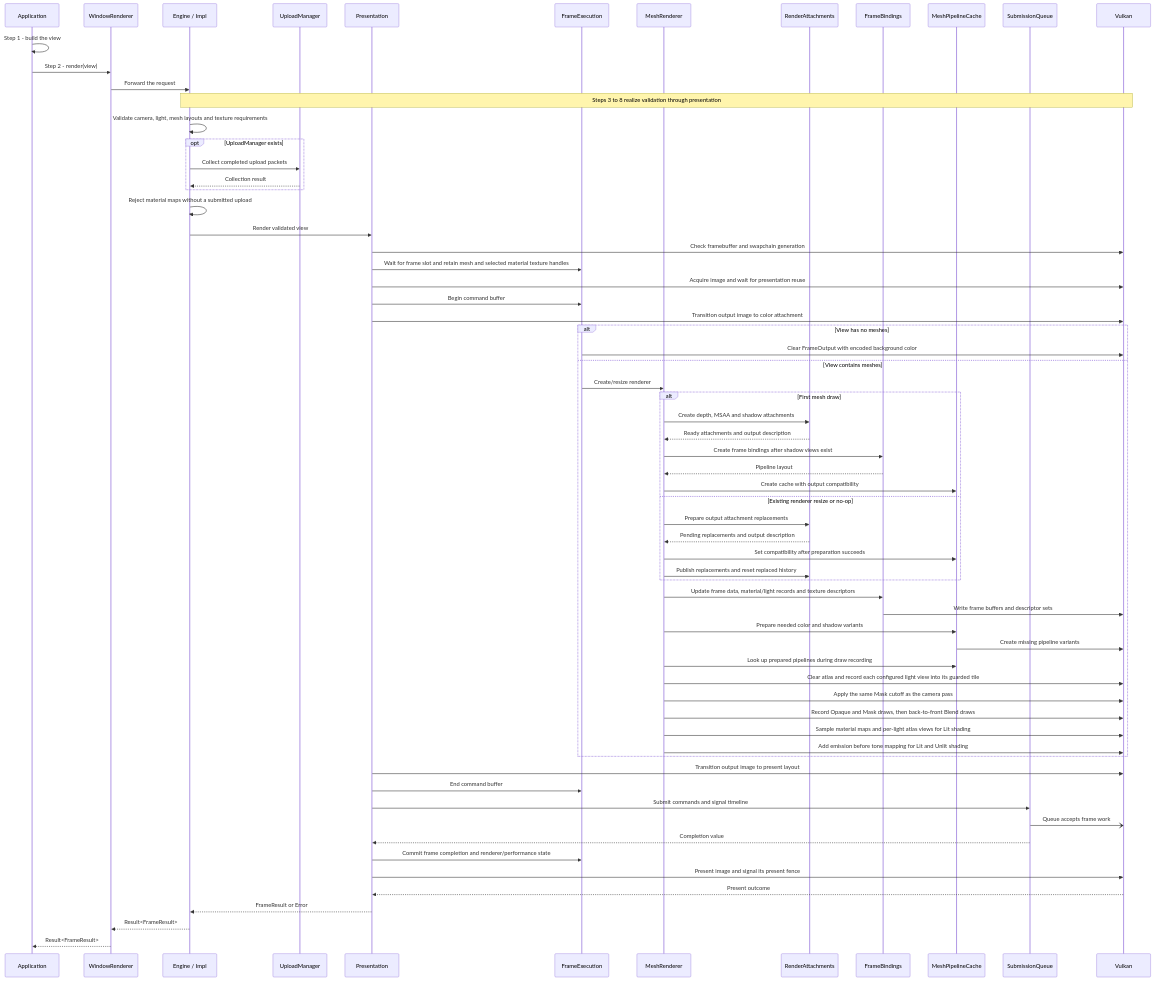
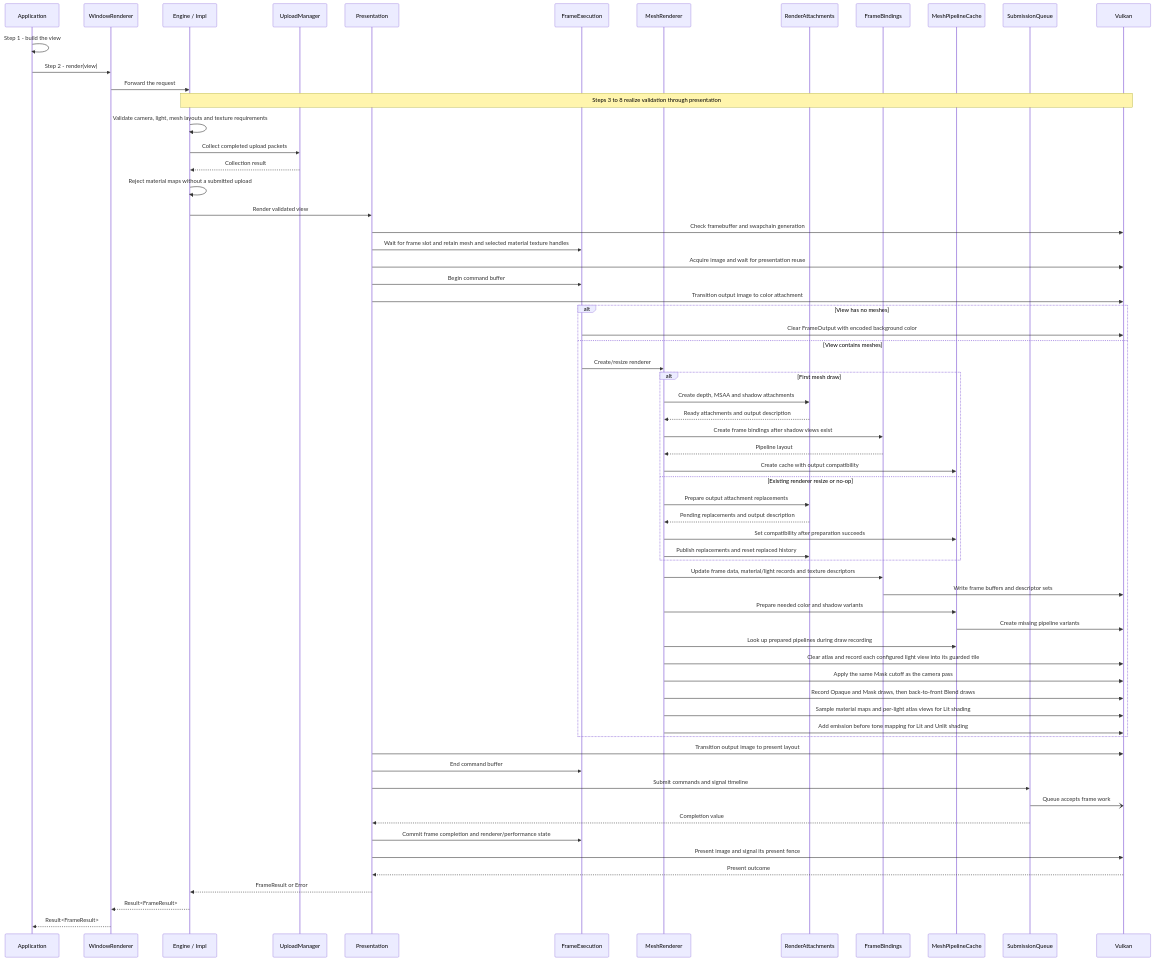
Before and after one commit to a-soltysik/Panda: the diagram in docs/use-cases/render-view.md, drawn with Mermaid. The commit also changed 40 other files, not shown here.

````diff
--- a/docs/use-cases/render-view.md
+++ b/docs/use-cases/render-view.md
@@ -119,69 +119,67 @@
 ```mermaid
 sequenceDiagram
     participant A as Application
     participant W as WindowRenderer
     participant C as Engine / Impl
     participant U as UploadManager
     participant P as Presentation
     participant E as FrameExecution
     participant R as MeshRenderer
     participant RA as RenderAttachments
     participant B as FrameBindings
     participant K as MeshPipelineCache
     participant Q as SubmissionQueue
     participant V as Vulkan
     A->>A: Step 1 - build the view
     A->>W: Step 2 - render(view)
     W->>C: Forward the request
     Note over C,V: Steps 3 to 8 realize validation through presentation
     C->>C: Validate camera, light, mesh layouts and texture requirements
-    opt UploadManager exists
-        C->>U: Collect completed upload packets
-        U-->>C: Collection result
-    end
+    C->>U: Collect completed upload packets
+    U-->>C: Collection result
     C->>C: Reject material maps without a submitted upload
     C->>P: Render validated view
     P->>V: Check framebuffer and swapchain generation
     P->>E: Wait for frame slot and retain mesh and selected material texture handles
     P->>V: Acquire image and wait for presentation reuse
     P->>E: Begin command buffer
     P->>V: Transition output image to color attachment
     alt View has no meshes
         E->>V: Clear FrameOutput with encoded background color
     else View contains meshes
         E->>R: Create/resize renderer
         alt First mesh draw
             R->>RA: Create depth, MSAA and shadow attachments
             RA-->>R: Ready attachments and output description
             R->>B: Create frame bindings after shadow views exist
             B-->>R: Pipeline layout
             R->>K: Create cache with output compatibility
         else Existing renderer resize or no-op
             R->>RA: Prepare output attachment replacements
             RA-->>R: Pending replacements and output description
             R->>K: Set compatibility after preparation succeeds
             R->>RA: Publish replacements and reset replaced history
         end
         R->>B: Update frame data, material/light records and texture descriptors
         B->>V: Write frame buffers and descriptor sets
         R->>K: Prepare needed color and shadow variants
         K->>V: Create missing pipeline variants
         R->>K: Look up prepared pipelines during draw recording
         R->>V: Clear atlas and record each configured light view into its guarded tile
         R->>V: Apply the same Mask cutoff as the camera pass
         R->>V: Record Opaque and Mask draws, then back-to-front Blend draws
         R->>V: Sample material maps and per-light atlas views for Lit shading
         R->>V: Add emission before tone mapping for Lit and Unlit shading
     end
     P->>V: Transition output image to present layout
     P->>E: End command buffer
     P->>Q: Submit commands and signal timeline
     Q-)V: Queue accepts frame work
     Q-->>P: Completion value
     P->>E: Commit frame completion and renderer/performance state
     P->>V: Present image and signal its present fence
     V-->>P: Present outcome
     P-->>C: FrameResult or Error
     C-->>W: Result<FrameResult>
     W-->>A: Result<FrameResult>
 ```
````
